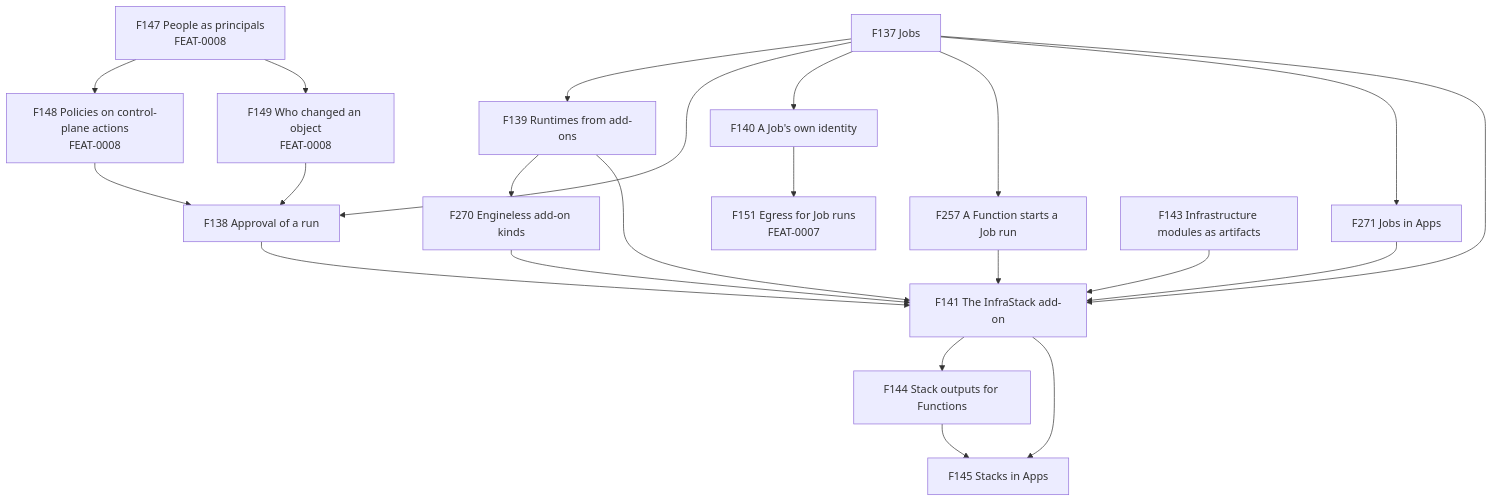
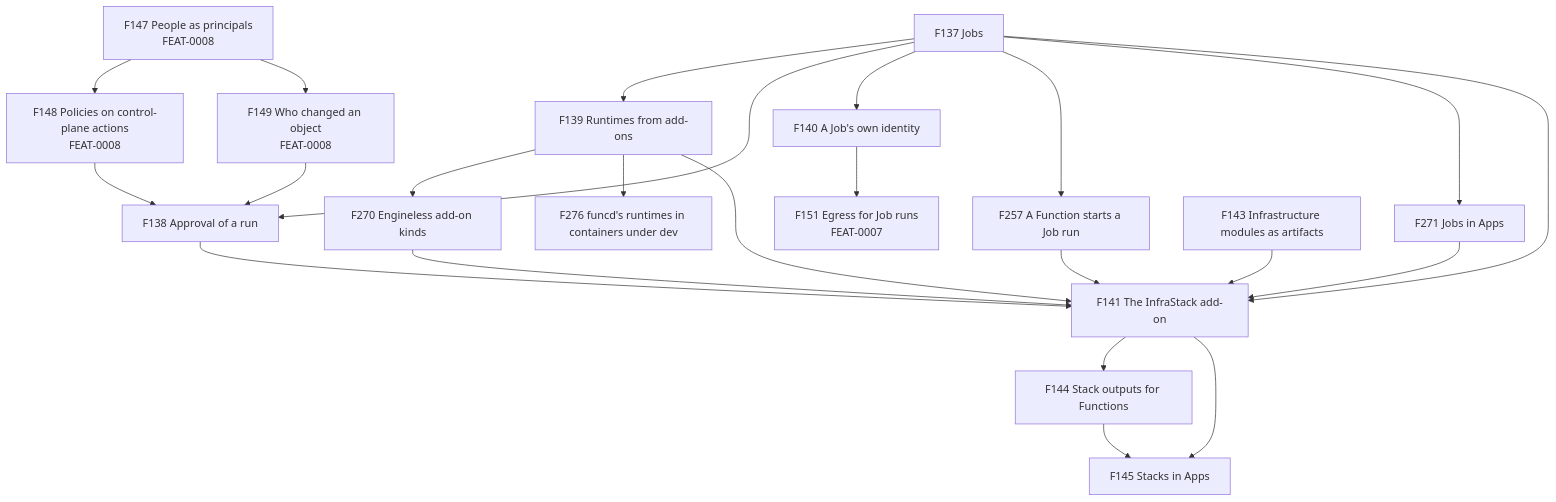
The first of 2 diagrams in docs/feat/0012-feat-infrastack.md (pyvvo/funcd), drawn with Mermaid before and after one commit. The commit also changed other lines of this file and 58 other files, not shown here.

````diff
--- a/docs/feat/0012-feat-infrastack.md
+++ b/docs/feat/0012-feat-infrastack.md
@@ -50,24 +50,25 @@
 ```mermaid
 flowchart TB
     F137["F137 Jobs"] --> F139["F139 Runtimes from add-ons"]
     F137 --> F138["F138 Approval of a run"]
     F137 --> F140["F140 A Job's own identity"]
     F137 --> F257["F257 A Function starts a Job run"]
     F137 --> F271["F271 Jobs in Apps"]
     F139 --> F270["F270 Engineless add-on kinds"]
+    F139 --> F276["F276 funcd's runtimes in containers under dev"]
     F147["F147 People as principals<br/>FEAT-0008"] --> F148["F148 Policies on control-plane actions<br/>FEAT-0008"]
     F147 --> F149["F149 Who changed an object<br/>FEAT-0008"]
     F148 --> F138
     F149 --> F138
     F140 --> F151["F151 Egress for Job runs<br/>FEAT-0007"]
     F137 --> F141["F141 The InfraStack add-on"]
     F138 --> F141
     F139 --> F141
     F257 --> F141
     F270 --> F141
     F271 --> F141
     F143["F143 Infrastructure modules as artifacts"] --> F141
     F141 --> F144["F144 Stack outputs for Functions"]
     F141 --> F145["F145 Stacks in Apps"]
     F144 --> F145
 ```
````
